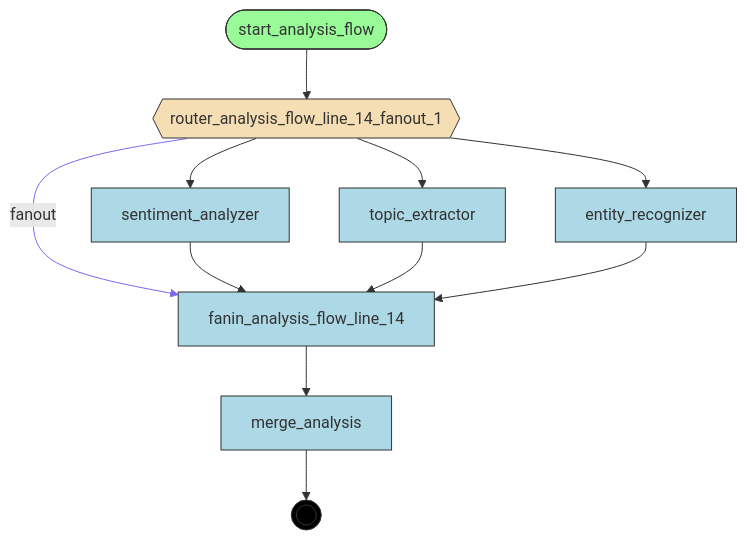
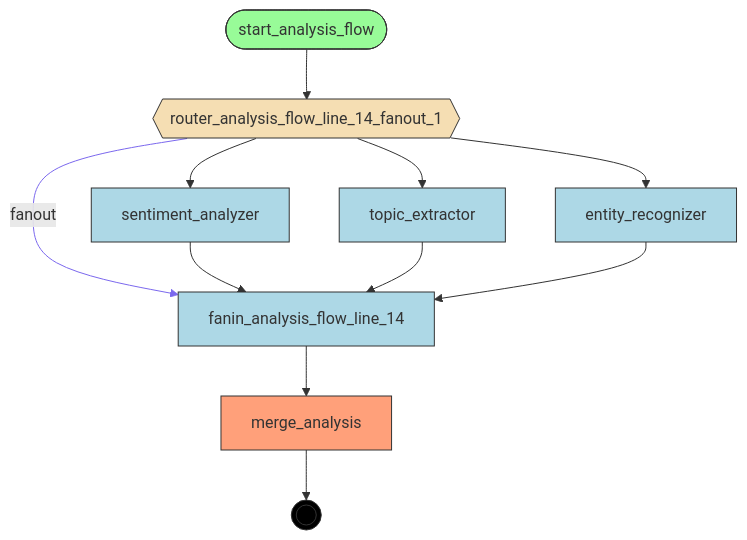
One commit to deliveryhero/asya changed the diagram in examples/flows/compiled/fanout_literal/flow.mmd. Above: the diagram before and after it, drawn with Mermaid. The commit also changed 364 other files, not shown here.

First line of the commit message:
feat(compiler): Phase 2 — 5-step pipeline with manifest generation and FlowInfo (#339)

```diff
--- a/examples/flows/compiled/fanout_literal/flow.mmd
+++ b/examples/flows/compiled/fanout_literal/flow.mmd
@@ -1,32 +1,34 @@
 flowchart TD
     %% Flow: analysis_flow
 
     entity_recognizer[entity_recognizer]
     fanin_analysis_flow_line_14[fanin_analysis_flow_line_14]
     merge_analysis[merge_analysis]
     router_analysis_flow_line_14_fanout_1{{router_analysis_flow_line_14_fanout_1}}
     sentiment_analyzer[sentiment_analyzer]
     start_analysis_flow([start_analysis_flow])
     topic_extractor[topic_extractor]
     __end__((( )))
 
     start_analysis_flow --> router_analysis_flow_line_14_fanout_1
     router_analysis_flow_line_14_fanout_1 -->|"fanout"| fanin_analysis_flow_line_14
     fanin_analysis_flow_line_14 --> merge_analysis
     router_analysis_flow_line_14_fanout_1 --> sentiment_analyzer
     sentiment_analyzer --> fanin_analysis_flow_line_14
     router_analysis_flow_line_14_fanout_1 --> topic_extractor
     topic_extractor --> fanin_analysis_flow_line_14
     router_analysis_flow_line_14_fanout_1 --> entity_recognizer
     entity_recognizer --> fanin_analysis_flow_line_14
     merge_analysis --> __end__
 
-    classDef entrypoint fill:#98FB98,stroke:#333
+    classDef start fill:#98FB98,stroke:#333
+    classDef endnode fill:#FFA07A,stroke:#333
     classDef router fill:#F5DEB3,stroke:#333
     classDef handler fill:#ADD8E6,stroke:#333
     classDef endpoint fill:#000,stroke:#333,color:#fff
-    class start_analysis_flow entrypoint
+    class start_analysis_flow start
+    class merge_analysis endnode
     class router_analysis_flow_line_14_fanout_1 router
-    class entity_recognizer,fanin_analysis_flow_line_14,merge_analysis,sentiment_analyzer,topic_extractor handler
+    class entity_recognizer,fanin_analysis_flow_line_14,sentiment_analyzer,topic_extractor handler
     class __end__ endpoint
     linkStyle 1 stroke:#7B68EE
```
